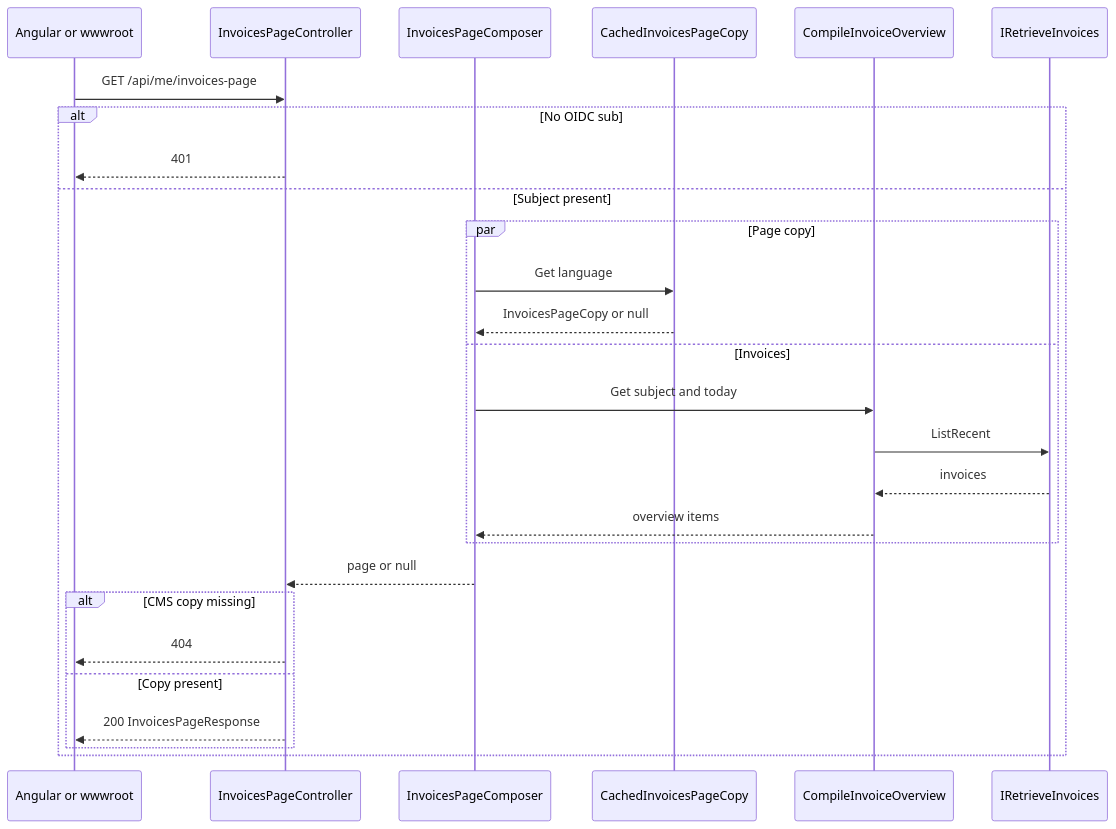
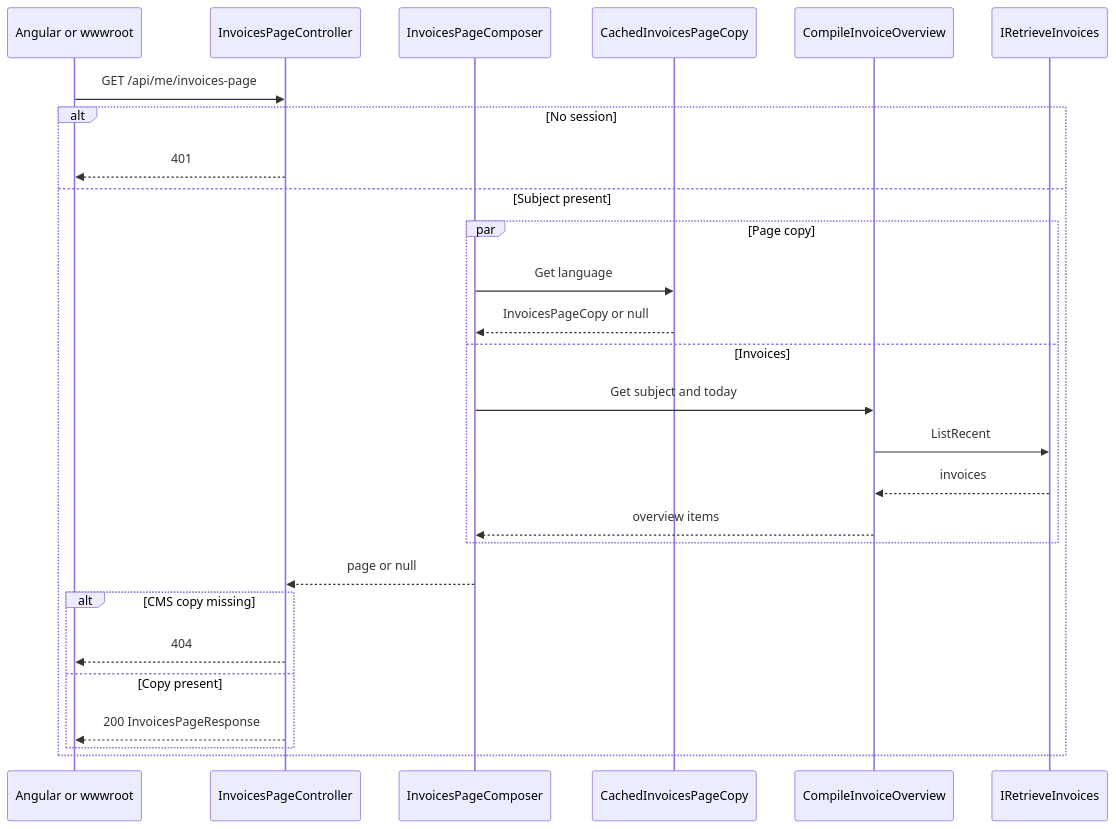
One commit to SDS37/CMS-Example changed the fourth of 9 diagrams in docs/architecture.md. Above: the diagram before and after it, drawn with Mermaid. The commit also changed other lines of this file and 19 other files, not shown here.

````diff
--- a/docs/architecture.md
+++ b/docs/architecture.md
@@ -91,30 +92,30 @@
 ```mermaid
 sequenceDiagram
     participant Client as Angular or wwwroot
     participant Controller as InvoicesPageController
     participant Composer as InvoicesPageComposer
     participant Copy as CachedInvoicesPageCopy
     participant Overview as CompileInvoiceOverview
     participant Store as IRetrieveInvoices
 
     Client->>Controller: GET /api/me/invoices-page
-    alt No OIDC sub
+    alt No session
         Controller-->>Client: 401
     else Subject present
         par Page copy
             Composer->>Copy: Get language
             Copy-->>Composer: InvoicesPageCopy or null
         and Invoices
             Composer->>Overview: Get subject and today
             Overview->>Store: ListRecent
             Store-->>Overview: invoices
             Overview-->>Composer: overview items
         end
         Composer-->>Controller: page or null
         alt CMS copy missing
             Controller-->>Client: 404
         else Copy present
             Controller-->>Client: 200 InvoicesPageResponse
         end
     end
 ```
````
